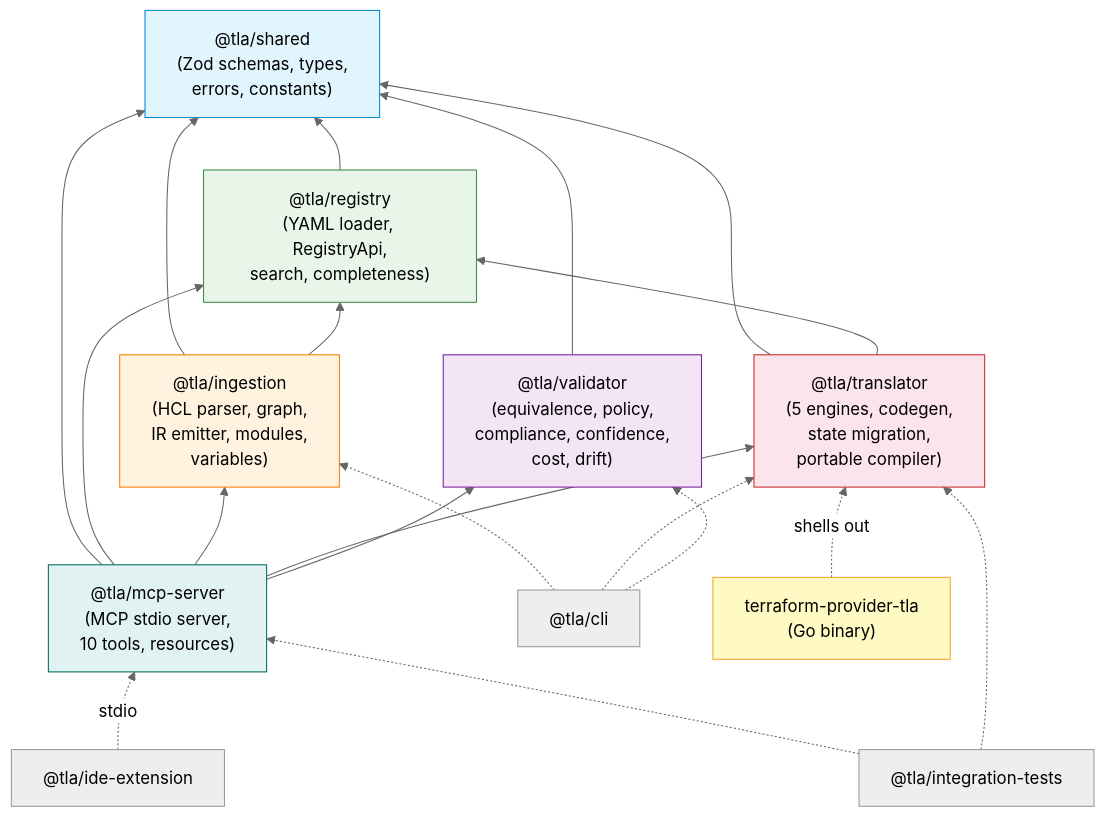
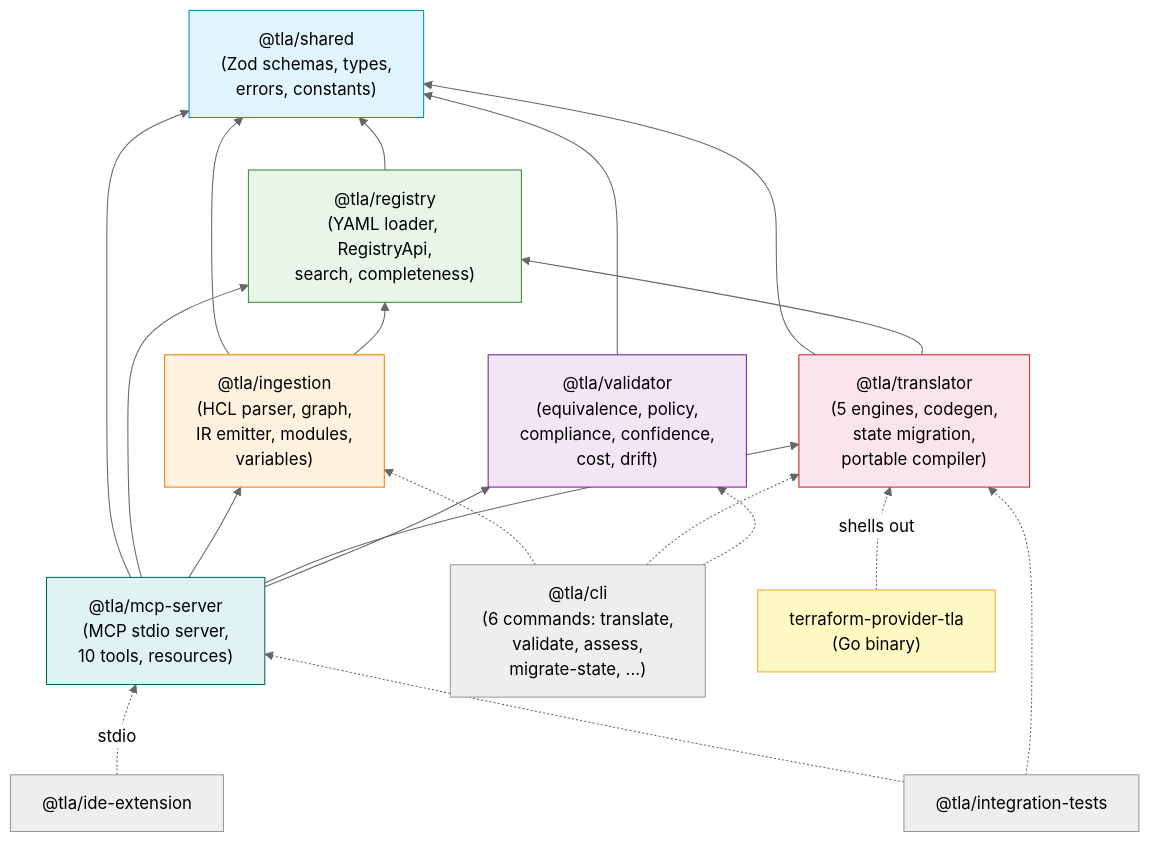
The third of 14 diagrams in docs/ARCHITECTURE.md (ste-bah/tla-translation-platform), drawn with Mermaid before and after one commit. The commit also changed other lines of this file and 48 other files, not shown here.

````diff
--- a/docs/ARCHITECTURE.md
+++ b/docs/ARCHITECTURE.md
@@ -105,49 +118,49 @@
 ```mermaid
 %%{init: {"theme": "neutral"}}%%
 graph BT
     shared["@tla/shared<br/>(Zod schemas, types,<br/>errors, constants)"]
 
     registry["@tla/registry<br/>(YAML loader, RegistryApi,<br/>search, completeness)"]
     registry --> shared
 
     ingestion["@tla/ingestion<br/>(HCL parser, graph,<br/>IR emitter, modules,<br/>variables)"]
     ingestion --> shared
     ingestion --> registry
 
     translator["@tla/translator<br/>(5 engines, codegen,<br/>state migration,<br/>portable compiler)"]
     translator --> shared
     translator --> registry
 
     validator["@tla/validator<br/>(equivalence, policy,<br/>compliance, confidence,<br/>cost, drift)"]
     validator --> shared
 
     mcp["@tla/mcp-server<br/>(MCP stdio server,<br/>10 tools, resources)"]
     mcp --> shared
     mcp --> registry
     mcp --> ingestion
     mcp --> translator
     mcp --> validator
 
-    cli["@tla/cli"]
+    cli["@tla/cli<br/>(6 commands: translate,<br/>validate, assess,<br/>migrate-state, ...)"]
     cli -.-> ingestion
     cli -.-> translator
     cli -.-> validator
 
     provider["terraform-provider-tla<br/>(Go binary)"]
     provider -.->|"shells out"| translator
 
     ide["@tla/ide-extension"]
     ide -.->|"stdio"| mcp
 
     itests["@tla/integration-tests"]
     itests -.-> mcp
     itests -.-> translator
 
     style shared fill:#e1f5fe,stroke:#0288d1
     style registry fill:#e8f5e9,stroke:#388e3c
     style ingestion fill:#fff3e0,stroke:#f57c00
     style translator fill:#fce4ec,stroke:#c62828
     style validator fill:#f3e5f5,stroke:#7b1fa2
     style mcp fill:#e0f2f1,stroke:#00695c
     style provider fill:#fff9c4,stroke:#f9a825
 ```
````
